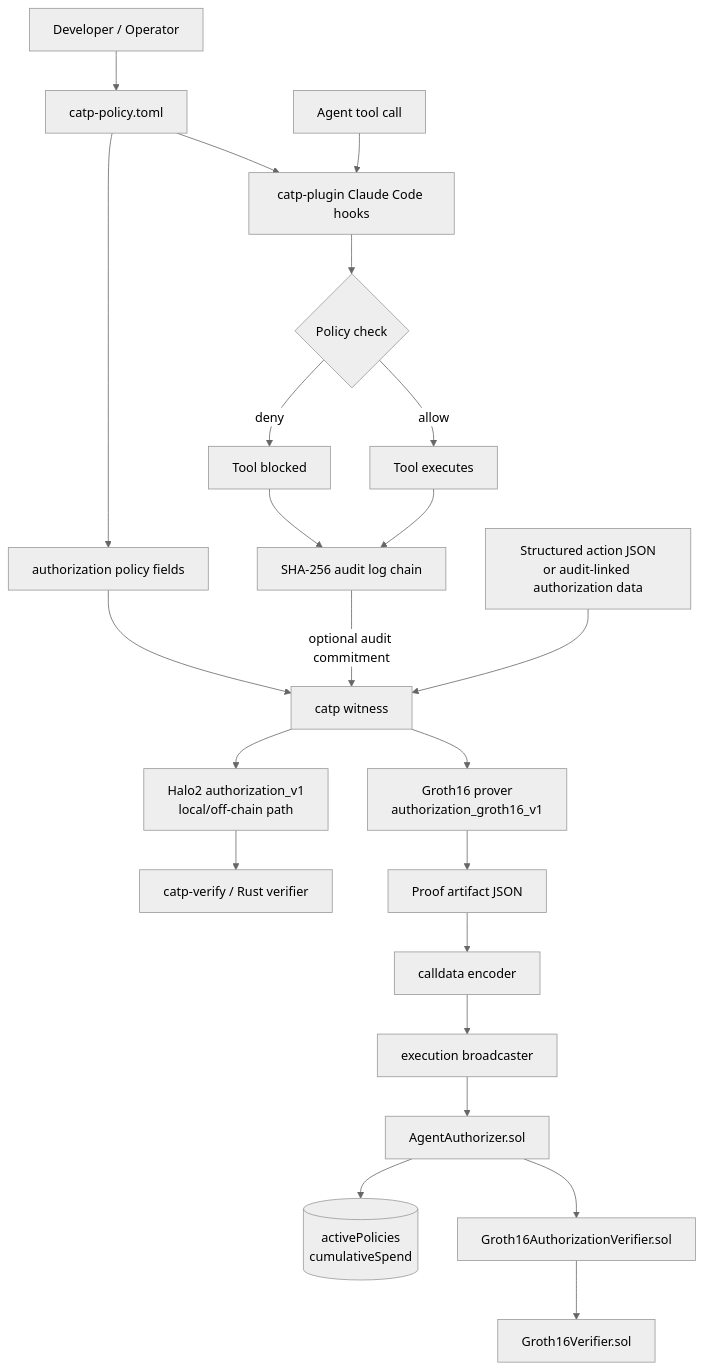
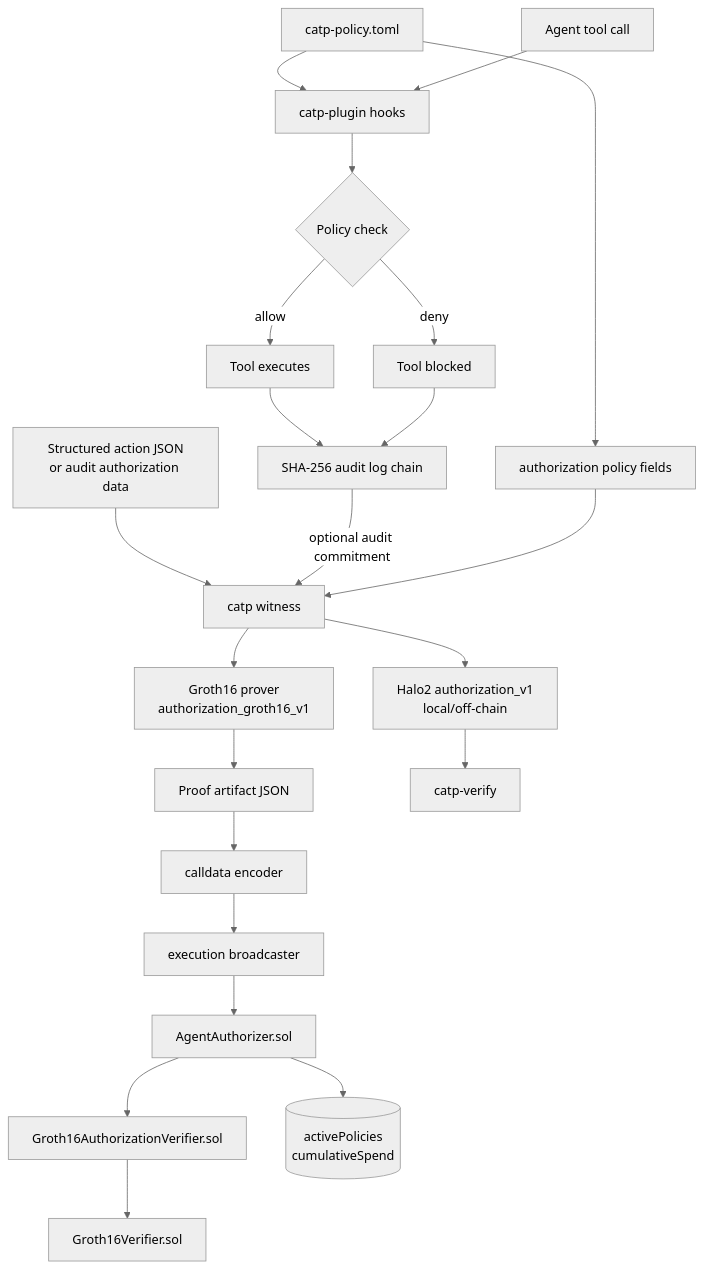
One commit to lfzkoala/catp changed the first of 2 diagrams in ARCHITECTURE.md. Above: the diagram before and after it, drawn with Mermaid (neutral theme). The commit also changed other lines of this file, not shown here.

Commit message:
docs: make architecture current-state only

````diff
--- a/ARCHITECTURE.md
+++ b/ARCHITECTURE.md
@@ -67,30 +47,29 @@
 ```mermaid
 flowchart TD
-  User[Developer / Operator] --> Policy[catp-policy.toml]
-  Policy --> Hook[catp-plugin Claude Code hooks]
+  Policy[catp-policy.toml] --> Hook[catp-plugin hooks]
   Agent[Agent tool call] --> Hook
 
   Hook --> Decision{Policy check}
-  Decision -->|allow| Action[Tool executes]
-  Decision -->|deny| Block[Tool blocked]
-  Action --> Audit[SHA-256 audit log chain]
-  Block --> Audit
+  Decision -->|allow| ExecuteLocal[Tool executes]
+  Decision -->|deny| BlockLocal[Tool blocked]
+  ExecuteLocal --> Audit[SHA-256 audit log chain]
+  BlockLocal --> Audit
 
   Policy --> AuthPolicy[authorization policy fields]
-  ActionInput[Structured action JSON<br/>or audit-linked authorization data] --> Witness[catp witness]
+  ActionInput[Structured action JSON<br/>or audit authorization data] --> Witness[catp witness]
   Audit -->|optional audit commitment| Witness
   AuthPolicy --> Witness
 
   Witness --> Groth16Prover[Groth16 prover<br/>authorization_groth16_v1]
   Groth16Prover --> ProofArtifact[Proof artifact JSON]
   ProofArtifact --> Encoder[calldata encoder]
-  Encoder --> Execute[execution broadcaster]
+  Encoder --> Broadcaster[execution broadcaster]
 
-  Execute --> AgentAuthorizer[AgentAuthorizer.sol]
+  Broadcaster --> AgentAuthorizer[AgentAuthorizer.sol]
   AgentAuthorizer --> Wrapper[Groth16AuthorizationVerifier.sol]
   Wrapper --> Verifier[Groth16Verifier.sol]
   AgentAuthorizer --> State[(activePolicies<br/>cumulativeSpend)]
 
-  Witness --> Halo2Path[Halo2 authorization_v1<br/>local/off-chain path]
-  Halo2Path --> VerifyService[catp-verify / Rust verifier]
+  Witness --> Halo2Path[Halo2 authorization_v1<br/>local/off-chain]
+  Halo2Path --> VerifyService[catp-verify]
 ```
````
